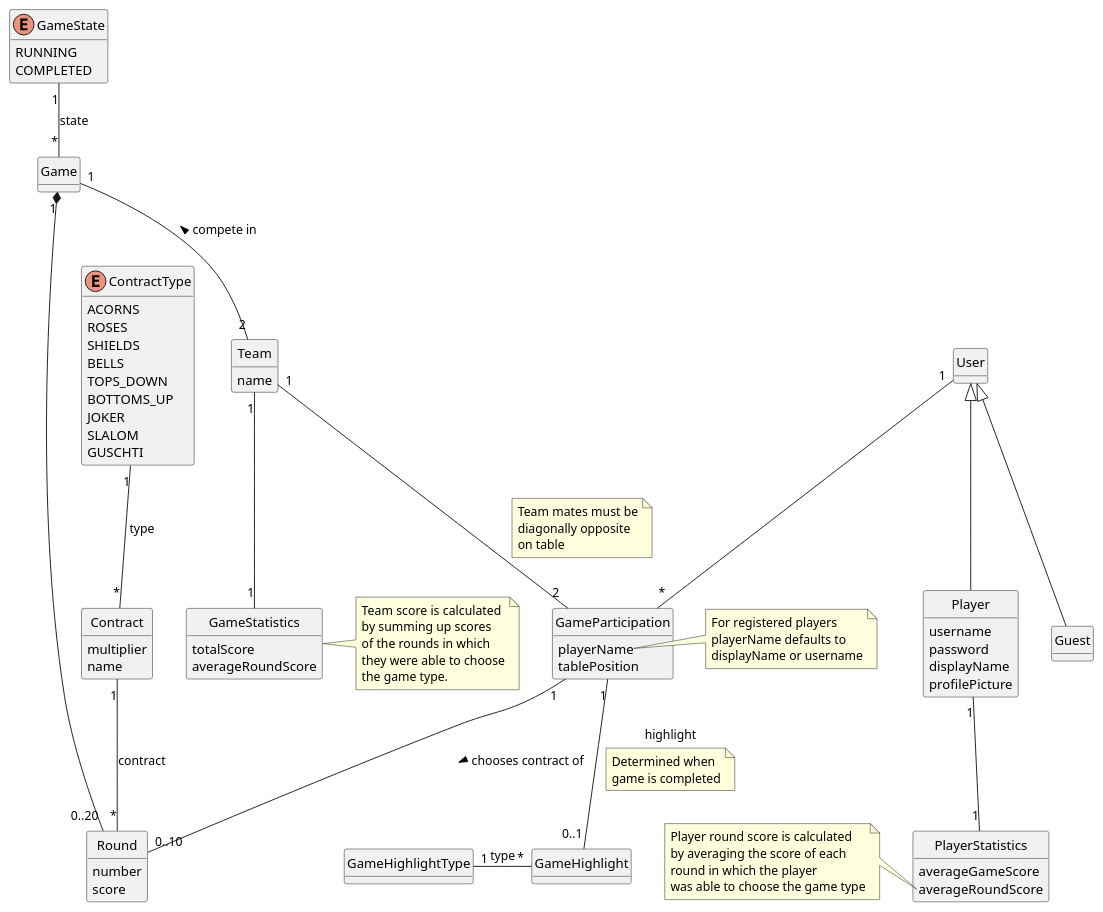
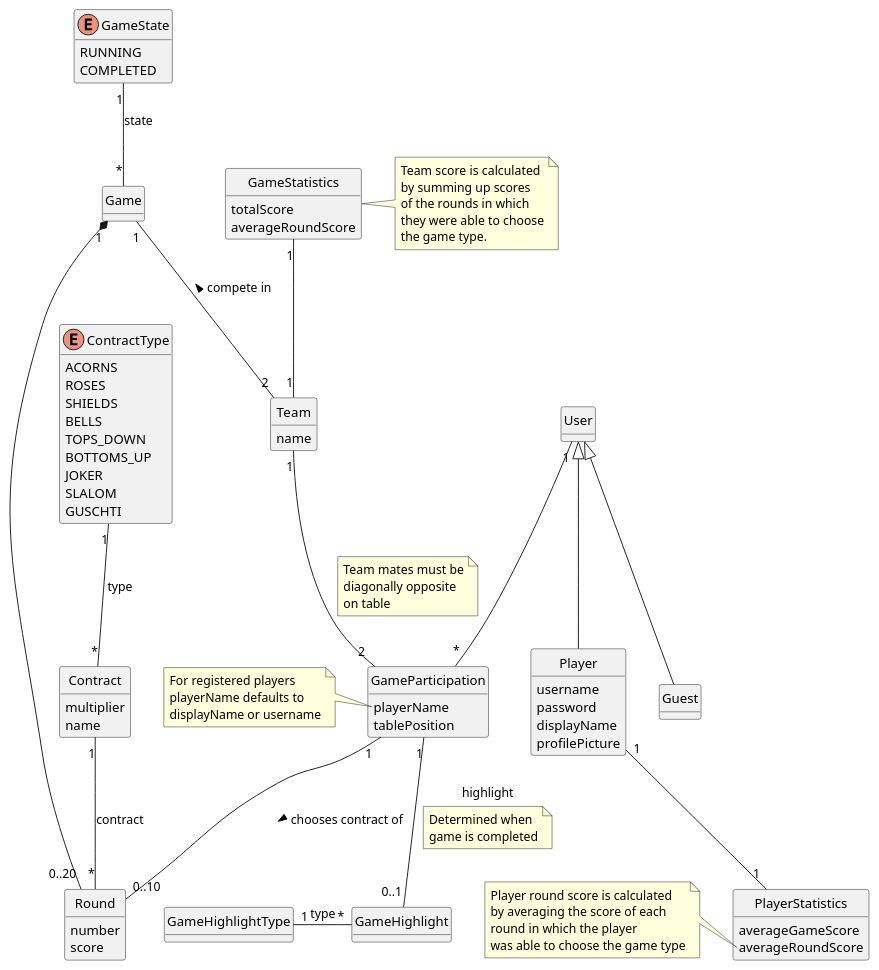
The diagram in Documentation/src/resources/domain-model.puml (PascalHonegger/JassTracker), drawn with PlantUML before and after one commit. The commit also changed 1 other file, not shown here.

```diff
--- a/Documentation/src/resources/domain-model.puml
+++ b/Documentation/src/resources/domain-model.puml
@@ -1,120 +1,120 @@
 @startuml domain model
 
 hide class circle
 hide empty methods
 
 class User {
 }
 
 class Game {
 }
 
 class GameStatistics {
     totalScore
     averageRoundScore
 }
 
 note right
     Team score is calculated
     by summing up scores
     of the rounds in which
     they were able to choose
     the game type.
 end note
 
 class Player {
     username
     password
     displayName
     profilePicture
 }
 
 class PlayerStatistics {
     averageGameScore
     averageRoundScore
 }
 
 note left of PlayerStatistics::averageRoundScore
     Player round score is calculated
     by averaging the score of each
     round in which the player
     was able to choose the game type
 end note
 
 class GameParticipation {
     playerName
     tablePosition
 }
 
-note right of GameParticipation::playerName
+note left of GameParticipation::playerName
     For registered players
     playerName defaults to
     displayName or username
 end note
 
 class Round {
     number
     score
 }
 
 class Contract {
     multiplier
     name
 }
 
 class Team {
     name
 }
 
 class GameHighlight {
 }
 
 class GameHighlightType {
 }
 
 enum GameState {
     RUNNING
     COMPLETED
 }
 
 enum ContractType {
     ACORNS
     ROSES
     SHIELDS
     BELLS
     TOPS_DOWN
     BOTTOMS_UP
     JOKER
     SLALOM
     GUSCHTI
 }
 
 User <|-- Player
 User <|-- Guest
 User "1" -- "*" GameParticipation
 Team "1" -- "2" GameParticipation
 note on link
     Team mates must be
     diagonally opposite
     on table
 end note
 
 Game "1" --  "2" Team  : compete in <
 Game "1" *-- "0..20" Round
 GameState "1" -- "*" Game  : state
 Contract "1" -- "*" Round  : contract
 ContractType "1" -- "*" Contract : type
 
 GameParticipation "1" -- "0..10" Round : chooses contract of >
 
 GameParticipation "1" -- "0..1" GameHighlight : highlight
 note on link
     Determined when
     game is completed
 end note
 GameHighlightType "1" --r "*" GameHighlight  : type
 
-Team "1" --  "1" GameStatistics
+Team "1" --u  "1" GameStatistics
 Player "1" -- "1"PlayerStatistics
 
 @enduml
```
